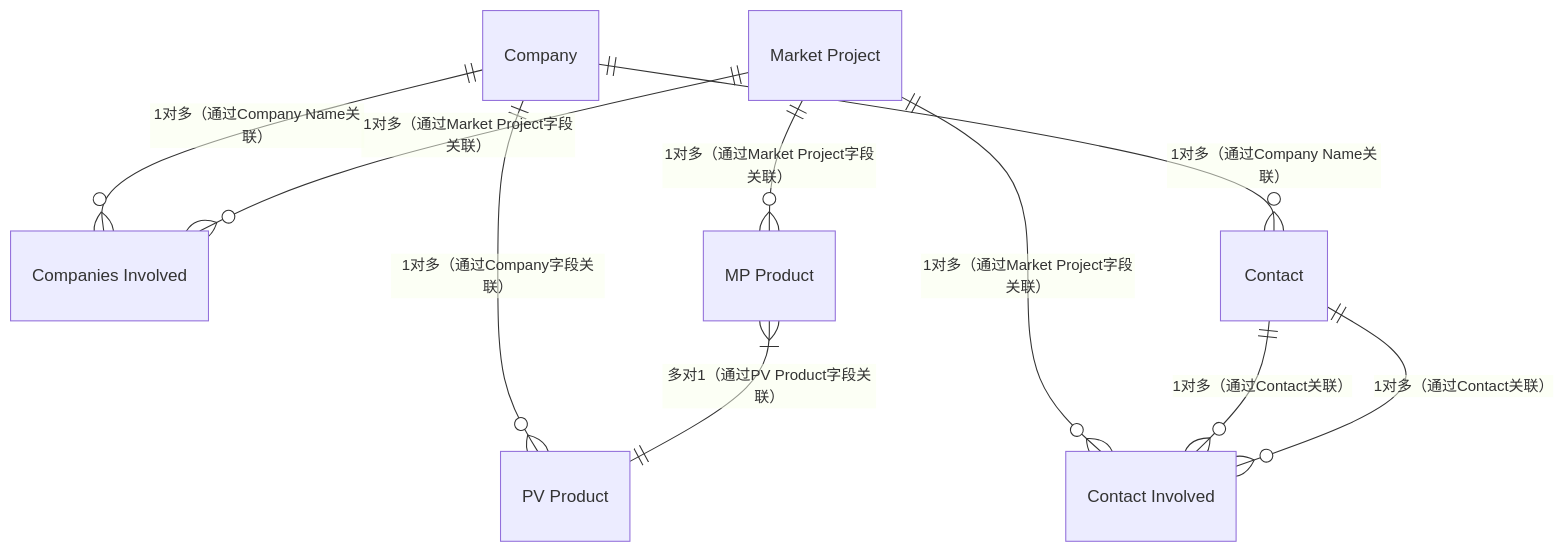
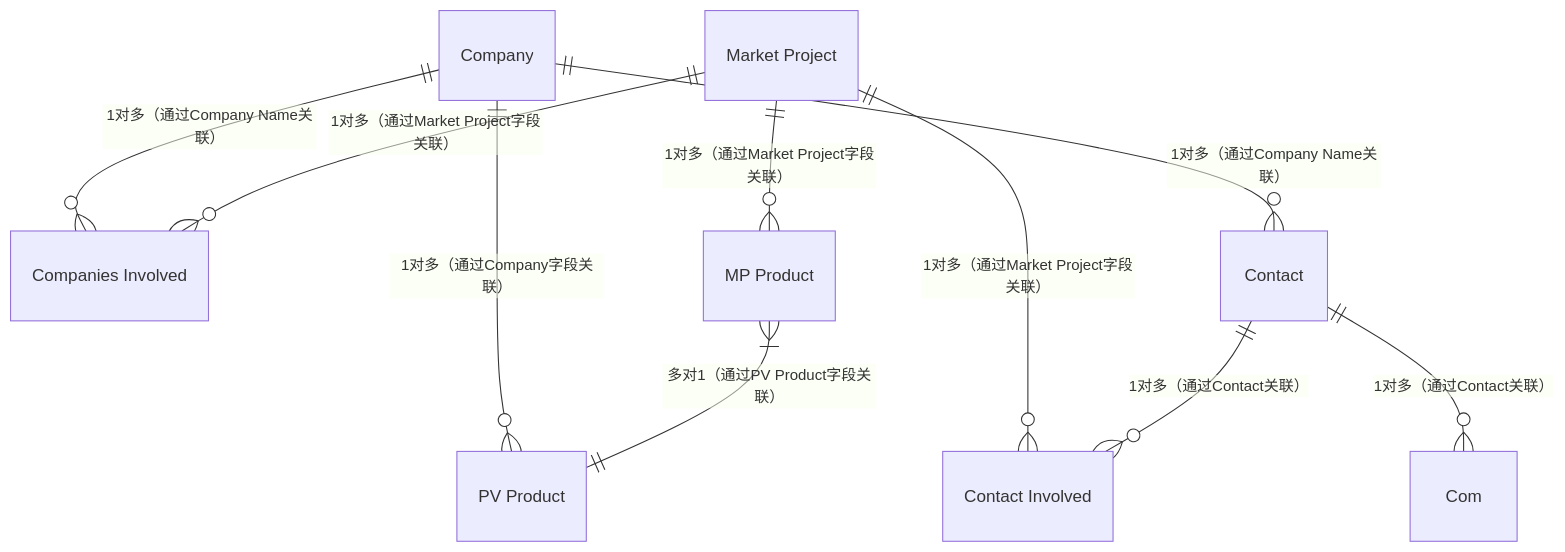
Before and after one commit to zhangziru-33/iodraw-files: the diagram in all/Norden数据E-R图.md, drawn with Mermaid.

Commit message:
2025-12-04 13:24:27 update

````diff
--- a/all/Norden数据E-R图.md
+++ b/all/Norden数据E-R图.md
@@ -1,14 +1,14 @@
 ```mermaid
 %% {init: {'theme': 'base', 'themeVariables': {'background': '#ffffff'}}}%%
 erDiagram
     Company ||--o{ "Companies Involved" : "1对多（通过Company Name关联）"
     Company ||--o{ "PV Product" : "1对多（通过Company字段关联）"
     Company ||--o{ "Contact" : "1对多（通过Company Name关联）"
     "Market Project" ||--o{ "Companies Involved" : "1对多（通过Market Project字段关联）"
     "Market Project" ||--o{ "Contact Involved" : "1对多（通过Market Project字段关联）"
     "Market Project" ||--o{ "MP Product" : "1对多（通过Market Project字段关联）"
     "MP Product" }|--|| "PV Product" : "多对1（通过PV Product字段关联）"
     Contact ||--o{ "Contact Involved" : "1对多（通过Contact关联）"
-    Contact ||--o{ "Contact Involved" : "1对多（通过Contact关联）"
+    Contact ||--o{ "Com" : "1对多（通过Contact关联）"
 
 ```
````
